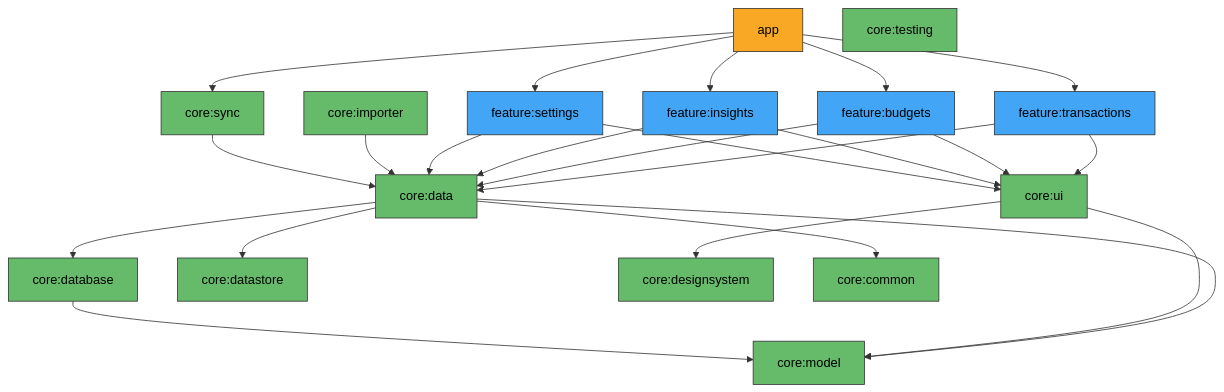
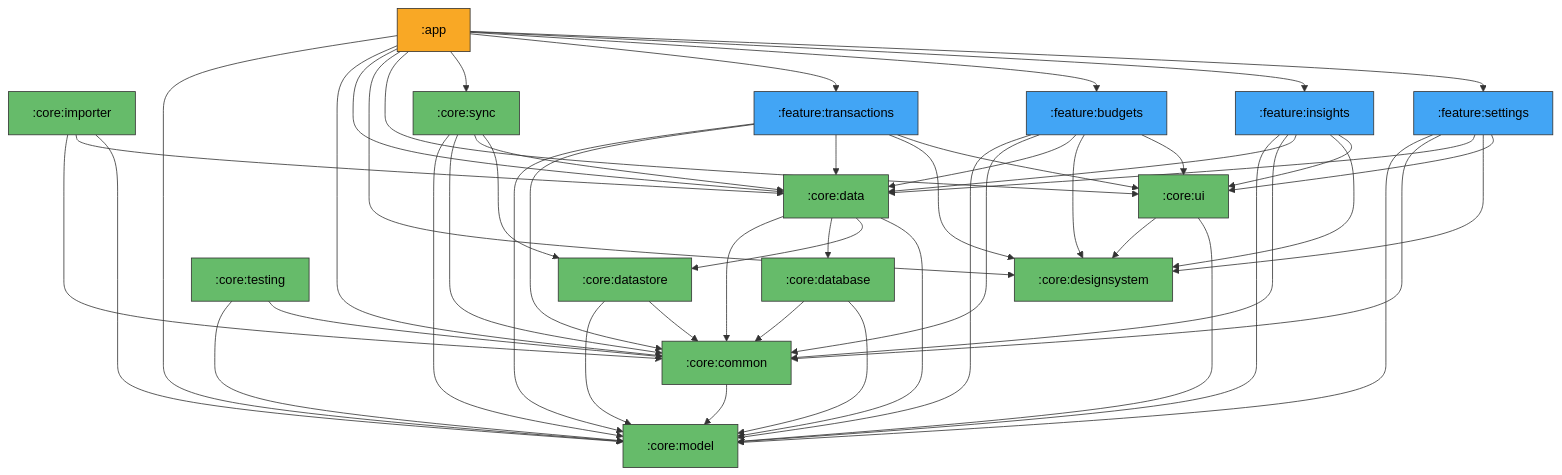
Before and after one commit to CharanjeevSingh1/bahi: the diagram in README.md, drawn with Mermaid.

Commit message:
docs: replace hand-drawn module graph with generated output
Regenerated via ./gradlew moduleGraph now that checkModuleBoundaries/
moduleGraph actually read real project dependencies (see previous
commit). The real graph has more edges than the hand-drawn one -- e.g.
core:data, core:database and core:datastore all depend on core:common,
which the sketch omitted.

````diff
--- a/README.md
+++ b/README.md
@@ -24,49 +24,73 @@
 ```mermaid
 graph TD
-    app["app"]:::app
+    app[":app"]:::app
+    core_common[":core:common"]:::core
+    core_data[":core:data"]:::core
+    core_database[":core:database"]:::core
+    core_datastore[":core:datastore"]:::core
+    core_designsystem[":core:designsystem"]:::core
+    core_importer[":core:importer"]:::core
+    core_model[":core:model"]:::core
+    core_sync[":core:sync"]:::core
+    core_testing[":core:testing"]:::core
+    core_ui[":core:ui"]:::core
+    feature_budgets[":feature:budgets"]:::feature
+    feature_insights[":feature:insights"]:::feature
+    feature_settings[":feature:settings"]:::feature
+    feature_transactions[":feature:transactions"]:::feature
 
-    feature_transactions["feature:transactions"]:::feature
-    feature_budgets["feature:budgets"]:::feature
-    feature_insights["feature:insights"]:::feature
-    feature_settings["feature:settings"]:::feature
-
-    core_data["core:data"]:::core
-    core_database["core:database"]:::core
-    core_datastore["core:datastore"]:::core
-    core_importer["core:importer"]:::core
-    core_sync["core:sync"]:::core
-    core_ui["core:ui"]:::core
-    core_designsystem["core:designsystem"]:::core
-    core_model["core:model"]:::core
-    core_common["core:common"]:::core
-    core_testing["core:testing"]:::core
-
+    app --> core_model
+    app --> core_common
+    app --> core_data
+    app --> core_designsystem
+    app --> core_ui
+    app --> core_sync
     app --> feature_transactions
     app --> feature_budgets
     app --> feature_insights
     app --> feature_settings
-    app --> core_sync
-
-    feature_transactions --> core_data
-    feature_transactions --> core_ui
-    feature_budgets --> core_data
-    feature_budgets --> core_ui
-    feature_insights --> core_data
-    feature_insights --> core_ui
-    feature_settings --> core_data
-    feature_settings --> core_ui
-
+    core_common --> core_model
+    core_data --> core_common
     core_data --> core_database
     core_data --> core_datastore
     core_data --> core_model
-    core_data --> core_common
+    core_database --> core_common
+    core_database --> core_model
+    core_datastore --> core_model
+    core_datastore --> core_common
+    core_importer --> core_common
     core_importer --> core_data
+    core_importer --> core_model
+    core_sync --> core_model
+    core_sync --> core_common
     core_sync --> core_data
+    core_sync --> core_datastore
+    core_testing --> core_model
+    core_testing --> core_common
     core_ui --> core_designsystem
     core_ui --> core_model
-    core_database --> core_model
+    feature_budgets --> core_model
+    feature_budgets --> core_common
+    feature_budgets --> core_data
+    feature_budgets --> core_designsystem
+    feature_budgets --> core_ui
+    feature_insights --> core_model
+    feature_insights --> core_common
+    feature_insights --> core_data
+    feature_insights --> core_designsystem
+    feature_insights --> core_ui
+    feature_settings --> core_model
+    feature_settings --> core_common
+    feature_settings --> core_data
+    feature_settings --> core_designsystem
+    feature_settings --> core_ui
+    feature_transactions --> core_model
+    feature_transactions --> core_common
+    feature_transactions --> core_data
+    feature_transactions --> core_designsystem
+    feature_transactions --> core_ui
 
     classDef app fill:#f9a825,stroke:#333,color:#000
     classDef feature fill:#42a5f5,stroke:#333,color:#000
     classDef core fill:#66bb6a,stroke:#333,color:#000
 ```
````
